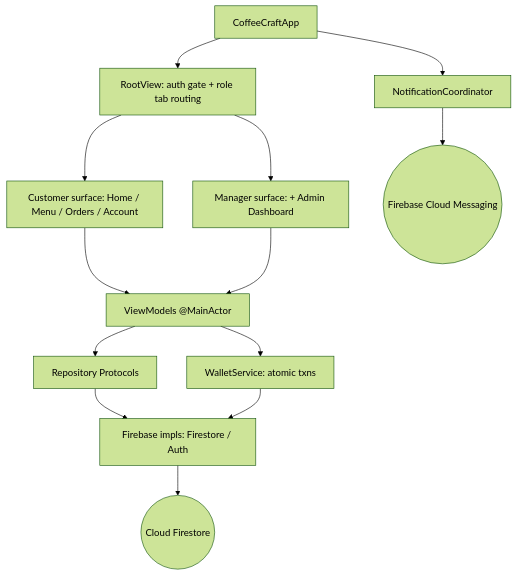
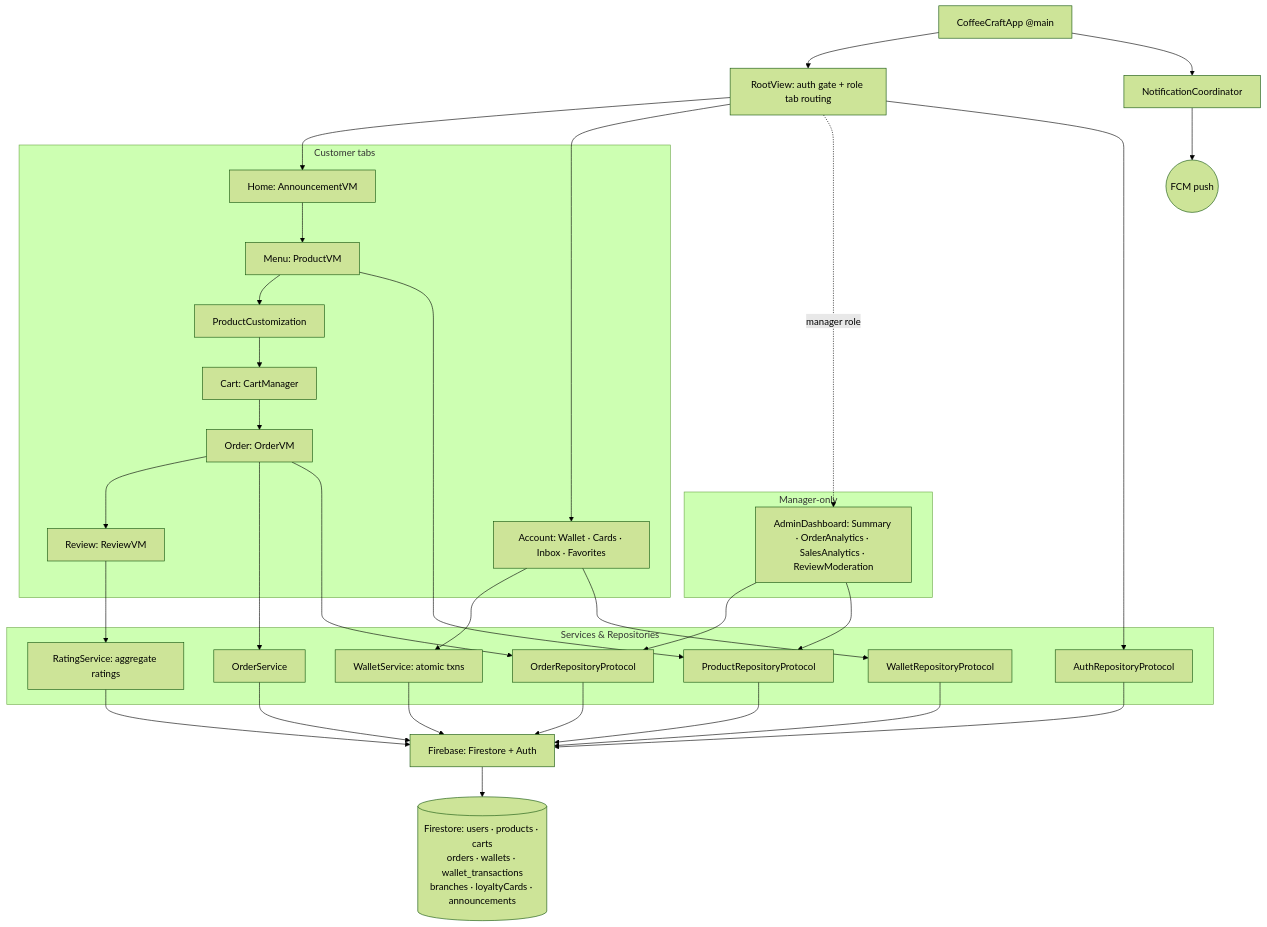
The diagram in examples/coffeecraft_app/README.md (sokpichdev/mobile-engineering-agents), drawn with Mermaid (forest theme) before and after one commit.

Commit message:
docs(examples): make CoffeeCraft module map specific
Replace the generic module map with the actual modules, ViewModels,
services, repositories, and Firestore collections, grouped into
Customer / Manager surfaces and a shared Services & Repositories tier.

````diff
--- a/examples/coffeecraft_app/README.md
+++ b/examples/coffeecraft_app/README.md
@@ -30,14 +30,42 @@
 ```mermaid
 graph TD
-    App[CoffeeCraftApp] --> Root[RootView: auth gate + role tab routing]
-    Root --> Cust[Customer surface: Home / Menu / Orders / Account]
-    Root --> Mgr[Manager surface: + Admin Dashboard]
-    Cust & Mgr --> VM[ViewModels @MainActor]
-    VM --> Repo[Repository Protocols]
-    Repo --> FB[Firebase impls: Firestore / Auth]
-    VM --> WS[WalletService: atomic txns]
-    WS --> FB
-    App --> NC[NotificationCoordinator]
-    NC --> FCM((Firebase Cloud Messaging))
-    FB --> FS((Cloud Firestore))
+    App[CoffeeCraftApp @main] --> Root[RootView: auth gate + role tab routing]
+
+    subgraph Customer[Customer tabs]
+        Home[Home: AnnouncementVM] --> Menu[Menu: ProductVM]
+        Menu --> Cust[ProductCustomization]
+        Cust --> Cart[Cart: CartManager]
+        Cart --> Order[Order: OrderVM]
+        Order --> Review[Review: ReviewVM]
+        Account[Account: Wallet · Cards · Inbox · Favorites]
+    end
+
+    subgraph Manager[Manager-only]
+        Admin[AdminDashboard: Summary · OrderAnalytics · SalesAnalytics · ReviewModeration]
+    end
+
+    Root --> Home & Account
+    Root -.manager role.-> Admin
+
+    subgraph Services[Services & Repositories]
+        WalletSvc[WalletService: atomic txns]
+        RatingSvc[RatingService: aggregate ratings]
+        OrderSvc[OrderService]
+        AuthRepo[AuthRepositoryProtocol]
+        ProdRepo[ProductRepositoryProtocol]
+        OrderRepo[OrderRepositoryProtocol]
+        WalletRepo[WalletRepositoryProtocol]
+    end
+
+    Order --> OrderSvc & OrderRepo
+    Account --> WalletSvc & WalletRepo
+    Review --> RatingSvc
+    Menu --> ProdRepo
+    Root --> AuthRepo
+    Admin --> OrderRepo & ProdRepo
+
+    WalletSvc & RatingSvc & OrderSvc & AuthRepo & ProdRepo & OrderRepo & WalletRepo --> FB[Firebase: Firestore + Auth]
+
+    App --> NC[NotificationCoordinator] --> FCM((FCM push))
+    FB --> FS[(Firestore: users · products · carts<br/>orders · wallets · wallet_transactions<br/>branches · loyaltyCards · announcements)]
 ```
````
